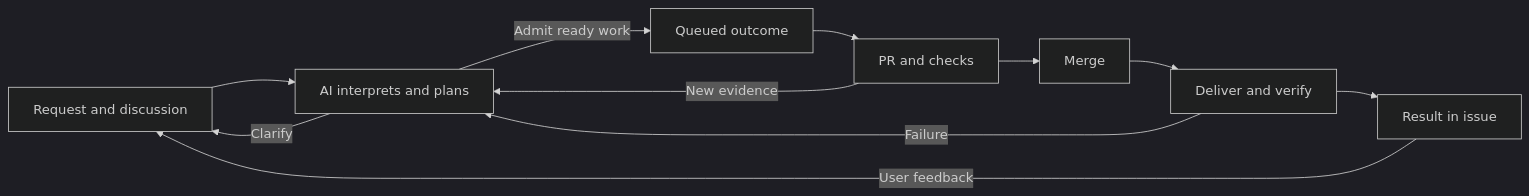
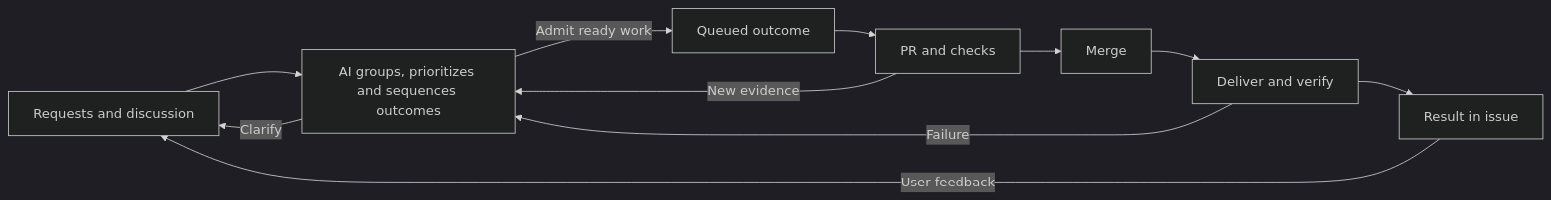
Before and after one commit to normzhou/yolo-blank-canvas: the fourth of 4 diagrams in .agents/skills/yolo/references/protocol.md, drawn with Mermaid (dark theme). The commit also changed other lines of this file and 11 other files, not shown here.

````diff
--- a/.agents/skills/yolo/references/protocol.md
+++ b/.agents/skills/yolo/references/protocol.md
@@ -634,11 +672,11 @@
 ```mermaid
 flowchart LR
-    I[Request and discussion] --> P[AI interprets and plans]
+    I[Requests and discussion] --> P[AI groups, prioritizes and sequences outcomes]
     P -->|Admit ready work| W[Queued outcome]
     P -->|Clarify| I
     W --> C[PR and checks] --> M[Merge] --> D[Deliver and verify]
     D --> R[Result in issue]
     C -->|New evidence| P
     D -->|Failure| P
     R -->|User feedback| I
 ```
````
